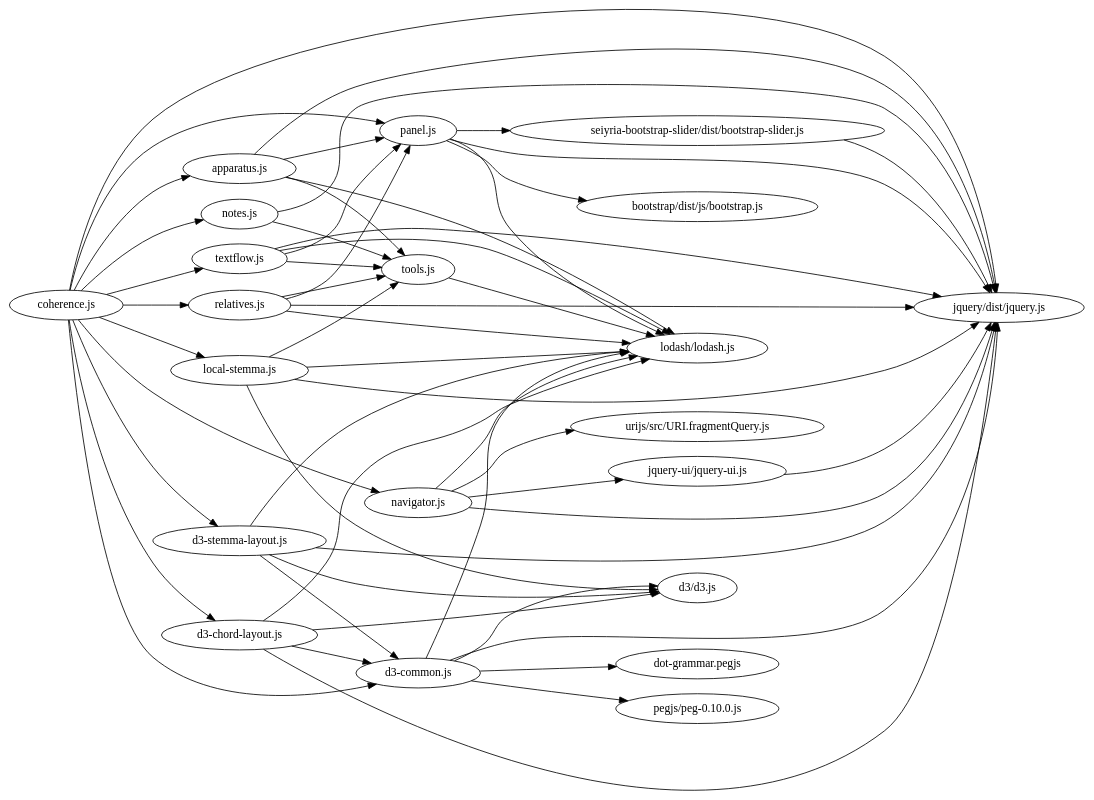
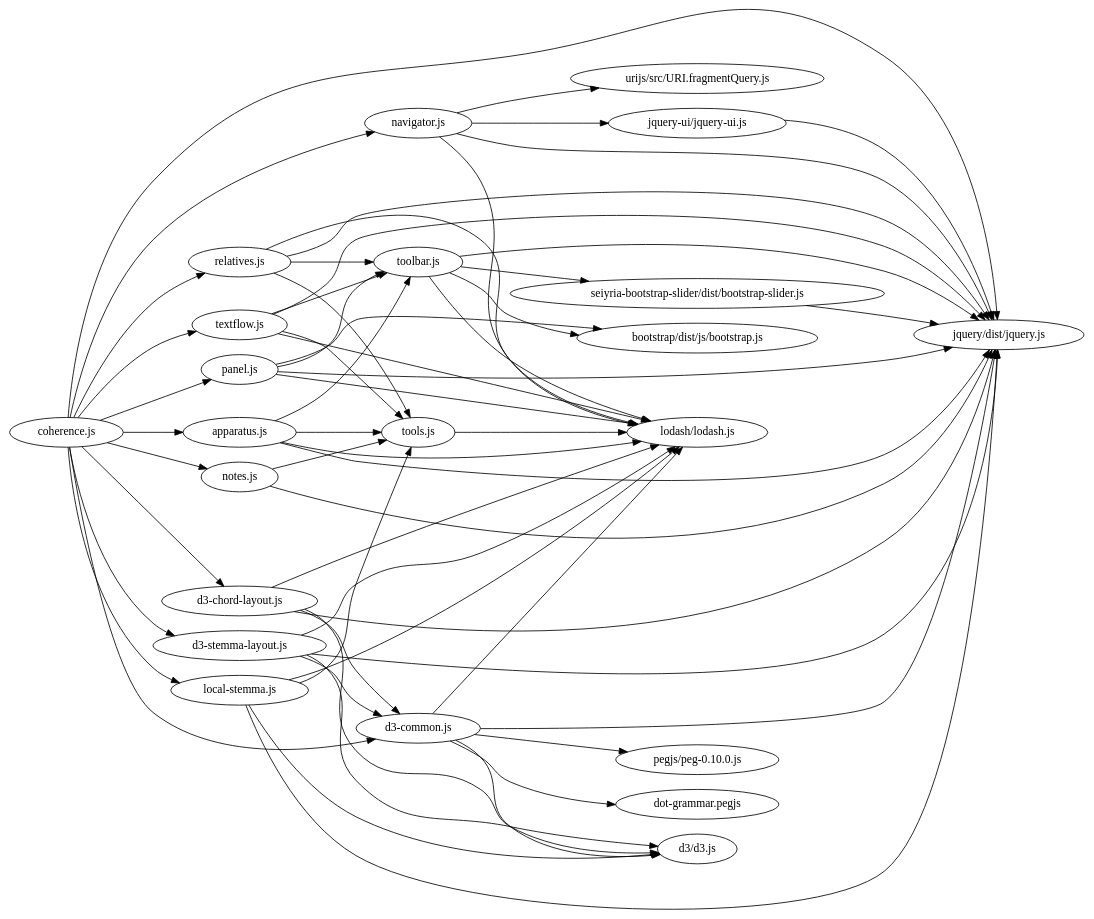
One commit to cceh/ntg changed the diagram in doc_src/coherence.jsgraph.dot. Above: the diagram before and after it, drawn with Graphviz. The commit also changed 84 other files, not shown here.

```diff
--- a/doc_src/coherence.jsgraph.dot
+++ b/doc_src/coherence.jsgraph.dot
@@ -1,77 +1,82 @@
 digraph G {
 graph [rankdir="LR"]
   "bootstrap/dist/js/bootstrap.js";
   "d3/d3.js";
   "jquery-ui/jquery-ui.js";
   "jquery/dist/jquery.js";
   "lodash/lodash.js";
   "pegjs/peg-0.10.0.js";
   "seiyria-bootstrap-slider/dist/bootstrap-slider.js";
   "urijs/src/URI.fragmentQuery.js";
   "apparatus.js";
-  "panel.js";
+  "toolbar.js";
   "tools.js";
   "coherence.js";
   "d3-chord-layout.js";
   "d3-common.js";
   "d3-stemma-layout.js";
   "local-stemma.js";
   "navigator.js";
   "notes.js";
+  "panel.js";
   "relatives.js";
   "textflow.js";
   "dot-grammar.pegjs";
   "jquery-ui/jquery-ui.js" -> "jquery/dist/jquery.js";
   "seiyria-bootstrap-slider/dist/bootstrap-slider.js" -> "jquery/dist/jquery.js";
   "apparatus.js" -> "jquery/dist/jquery.js";
   "apparatus.js" -> "lodash/lodash.js";
-  "apparatus.js" -> "panel.js";
+  "apparatus.js" -> "toolbar.js";
   "apparatus.js" -> "tools.js";
   "coherence.js" -> "jquery/dist/jquery.js";
   "coherence.js" -> "apparatus.js";
   "coherence.js" -> "d3-chord-layout.js";
   "coherence.js" -> "d3-common.js";
   "coherence.js" -> "d3-stemma-layout.js";
   "coherence.js" -> "local-stemma.js";
   "coherence.js" -> "navigator.js";
   "coherence.js" -> "notes.js";
   "coherence.js" -> "panel.js";
   "coherence.js" -> "relatives.js";
   "coherence.js" -> "textflow.js";
   "d3-chord-layout.js" -> "d3/d3.js";
   "d3-chord-layout.js" -> "jquery/dist/jquery.js";
   "d3-chord-layout.js" -> "lodash/lodash.js";
   "d3-chord-layout.js" -> "d3-common.js";
   "d3-common.js" -> "d3/d3.js";
   "d3-common.js" -> "jquery/dist/jquery.js";
   "d3-common.js" -> "lodash/lodash.js";
   "d3-common.js" -> "pegjs/peg-0.10.0.js";
   "d3-common.js" -> "dot-grammar.pegjs";
   "d3-stemma-layout.js" -> "d3/d3.js";
   "d3-stemma-layout.js" -> "jquery/dist/jquery.js";
   "d3-stemma-layout.js" -> "lodash/lodash.js";
   "d3-stemma-layout.js" -> "d3-common.js";
   "local-stemma.js" -> "d3/d3.js";
   "local-stemma.js" -> "jquery/dist/jquery.js";
   "local-stemma.js" -> "lodash/lodash.js";
   "local-stemma.js" -> "tools.js";
   "navigator.js" -> "jquery-ui/jquery-ui.js";
   "navigator.js" -> "jquery/dist/jquery.js";
   "navigator.js" -> "lodash/lodash.js";
   "navigator.js" -> "urijs/src/URI.fragmentQuery.js";
   "notes.js" -> "jquery/dist/jquery.js";
   "notes.js" -> "tools.js";
   "panel.js" -> "bootstrap/dist/js/bootstrap.js";
   "panel.js" -> "jquery/dist/jquery.js";
   "panel.js" -> "lodash/lodash.js";
-  "panel.js" -> "seiyria-bootstrap-slider/dist/bootstrap-slider.js";
+  "panel.js" -> "toolbar.js";
   "relatives.js" -> "jquery/dist/jquery.js";
   "relatives.js" -> "lodash/lodash.js";
-  "relatives.js" -> "panel.js";
+  "relatives.js" -> "toolbar.js";
   "relatives.js" -> "tools.js";
   "textflow.js" -> "jquery/dist/jquery.js";
   "textflow.js" -> "lodash/lodash.js";
-  "textflow.js" -> "panel.js";
+  "textflow.js" -> "toolbar.js";
   "textflow.js" -> "tools.js";
+  "toolbar.js" -> "bootstrap/dist/js/bootstrap.js";
+  "toolbar.js" -> "jquery/dist/jquery.js";
+  "toolbar.js" -> "lodash/lodash.js";
+  "toolbar.js" -> "seiyria-bootstrap-slider/dist/bootstrap-slider.js";
   "tools.js" -> "lodash/lodash.js";
 }
```
